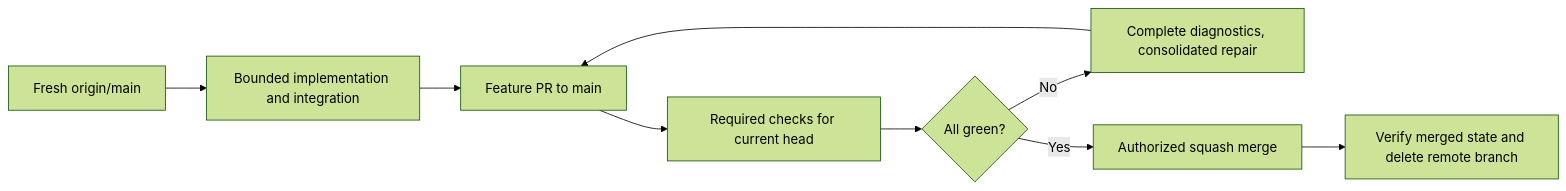
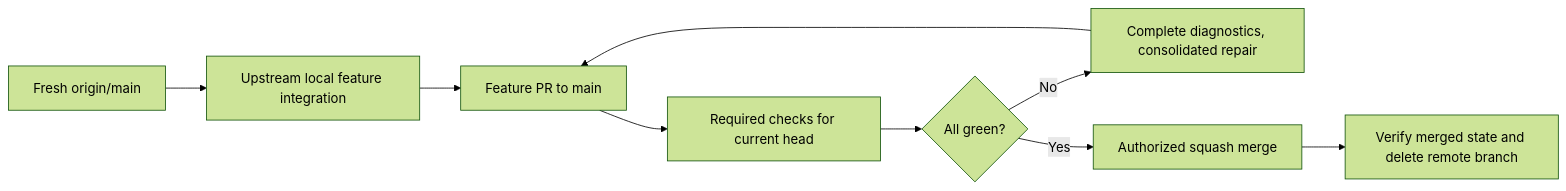
One commit to meta-secret/nook changed the second of 2 diagrams in .cortex/gizmo-prime/architecture/multiagent-delivery-diagrams.md. Above: the diagram before and after it, drawn with Mermaid (forest theme). The commit also changed other lines of this file and 34 other files, not shown here.

````diff
--- a/.cortex/gizmo-prime/architecture/multiagent-delivery-diagrams.md
+++ b/.cortex/gizmo-prime/architecture/multiagent-delivery-diagrams.md
@@ -32,11 +34,11 @@
 ```mermaid
 flowchart LR
-    Base["Fresh origin/main"] --> Work["Bounded implementation and integration"]
+    Base["Fresh origin/main"] --> Work["Upstream local feature integration"]
     Work --> PR["Feature PR to main"]
     PR --> Checks["Required checks for current head"]
     Checks --> Decision{"All green?"}
     Decision -- No --> Repair["Complete diagnostics, consolidated repair"]
     Repair --> PR
     Decision -- Yes --> Merge["Authorized squash merge"]
     Merge --> Evidence["Verify merged state and delete remote branch"]
 ```
````
